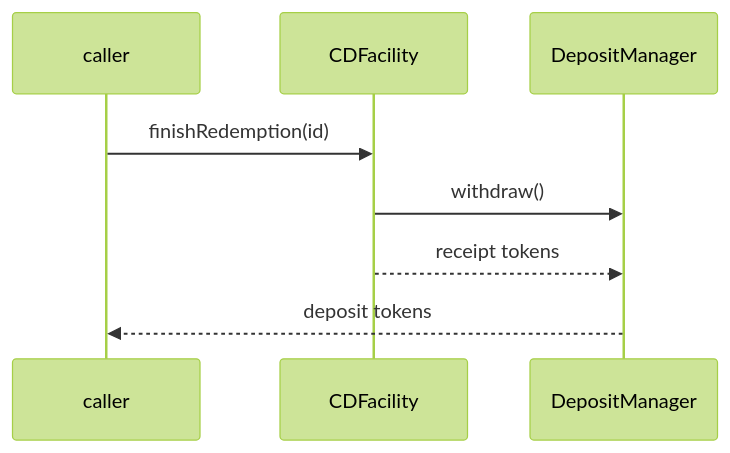
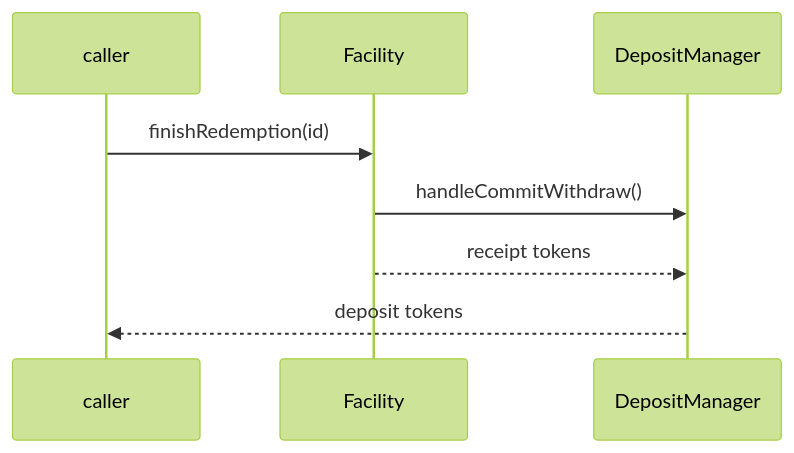
One commit to OlympusDAO/olympus-v3 changed the eighth of 12 diagrams in audit/2025-01_convertible-deposits/README.md. Above: the diagram before and after it, drawn with Mermaid (forest theme). The commit also changed other lines of this file and 1 other file, not shown here.

````diff
--- a/audit/2025-01_convertible-deposits/README.md
+++ b/audit/2025-01_convertible-deposits/README.md
@@ -397,11 +381,11 @@
 ```mermaid
 sequenceDiagram
     participant caller
-    participant CDFacility
+    participant Facility
     participant DepositManager
 
-    caller->>CDFacility: finishRedemption(id)
-    CDFacility->>DepositManager: withdraw()
-    CDFacility-->>DepositManager: receipt tokens
+    caller->>Facility: finishRedemption(id)
+    Facility->>DepositManager: handleCommitWithdraw()
+    Facility-->>DepositManager: receipt tokens
     DepositManager-->>caller: deposit tokens
 ```
````
